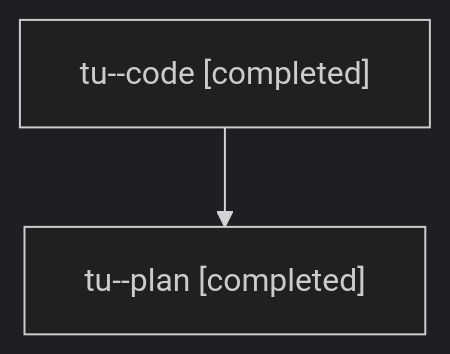
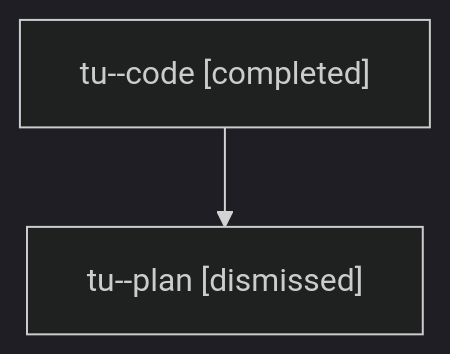
The diagram in families/bbugyi200.athena.tu.md (bobs-org/bob-cli--agents), drawn with Mermaid (dark theme) before and after one commit. The commit also changed other lines of this file and 133 other files, not shown here.

````diff
--- a/families/bbugyi200.athena.tu.md
+++ b/families/bbugyi200.athena.tu.md
@@ -9,6 +9,6 @@
 ```mermaid
 flowchart TD
   n0["tu--code [completed]"]
-  n1["tu--plan [completed]"]
+  n1["tu--plan [dismissed]"]
   n0 --> n1
 ```
````
